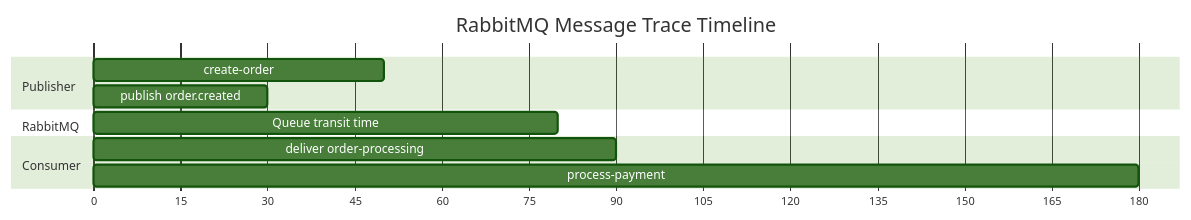
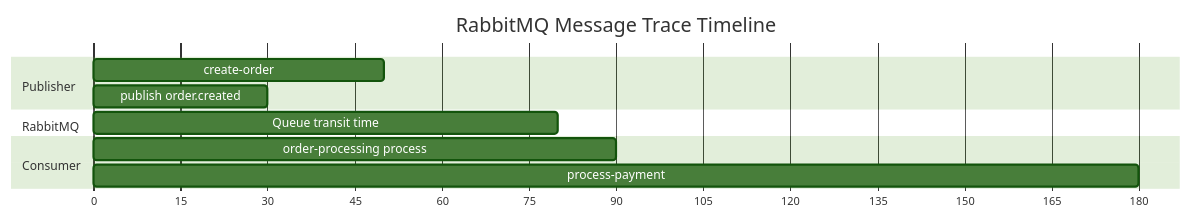
Before and after one commit to OneUptime/blog: the second of 2 diagrams in posts/2026-02-06-instrument-rabbitmq-message-queues-opentelemetry/README.md, drawn with Mermaid (forest theme). The commit also changed other lines of this file and 2 other files, not shown here.

````diff
--- a/posts/2026-02-06-instrument-rabbitmq-message-queues-opentelemetry/README.md
+++ b/posts/2026-02-06-instrument-rabbitmq-message-queues-opentelemetry/README.md
@@ -397,17 +398,17 @@
 ```mermaid
 gantt
     title RabbitMQ Message Trace Timeline
     dateFormat X
     axisFormat %s
 
     section Publisher
     create-order           :a1, 0, 50
     publish order.created  :a2, 10, 30
 
     section RabbitMQ
     Queue transit time     :a3, 30, 80
 
     section Consumer
-    deliver order-processing :a4, 80, 90
+    order-processing process :a4, 80, 90
     process-payment          :a5, 90, 180
 ```
````
